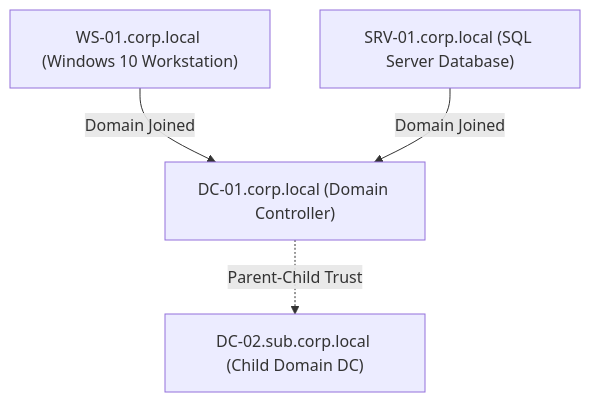
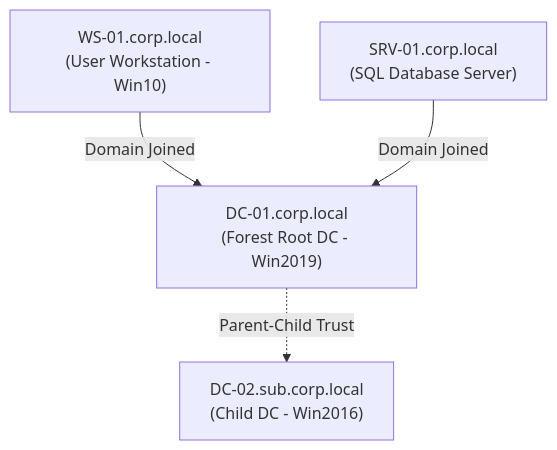
The diagram in labs/ad-labs.md (vulnquest58/vulnquest58.github.io), drawn with Mermaid before and after one commit. The commit also changed other lines of this file and 6 other files, not shown here.

````diff
--- a/labs/ad-labs.md
+++ b/labs/ad-labs.md
@@ -11,11 +12,11 @@
 ```mermaid
 graph TD
-    DC1["DC-01.corp.local (Domain Controller)"]
-    DC2["DC-02.sub.corp.local (Child Domain DC)"]
-    WS1["WS-01.corp.local (Windows 10 Workstation)"]
-    SRV1["SRV-01.corp.local (SQL Server Database)"]
+    DC1["DC-01.corp.local<br>(Forest Root DC - Win2019)"]
+    DC2["DC-02.sub.corp.local<br>(Child DC - Win2016)"]
+    WS1["WS-01.corp.local<br>(User Workstation - Win10)"]
+    SRV1["SRV-01.corp.local<br>(SQL Database Server)"]
     
     DC1 -.->|Parent-Child Trust| DC2
     WS1 -->|Domain Joined| DC1
     SRV1 -->|Domain Joined| DC1
 ```
````
